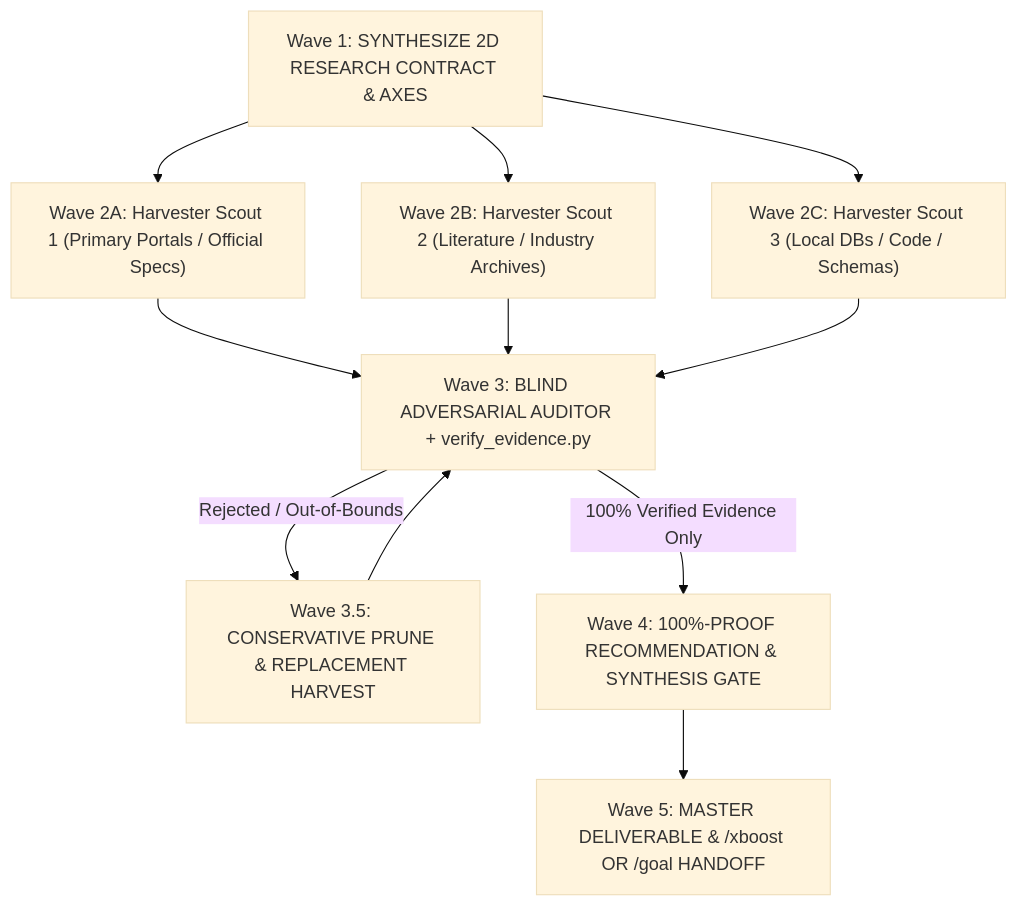
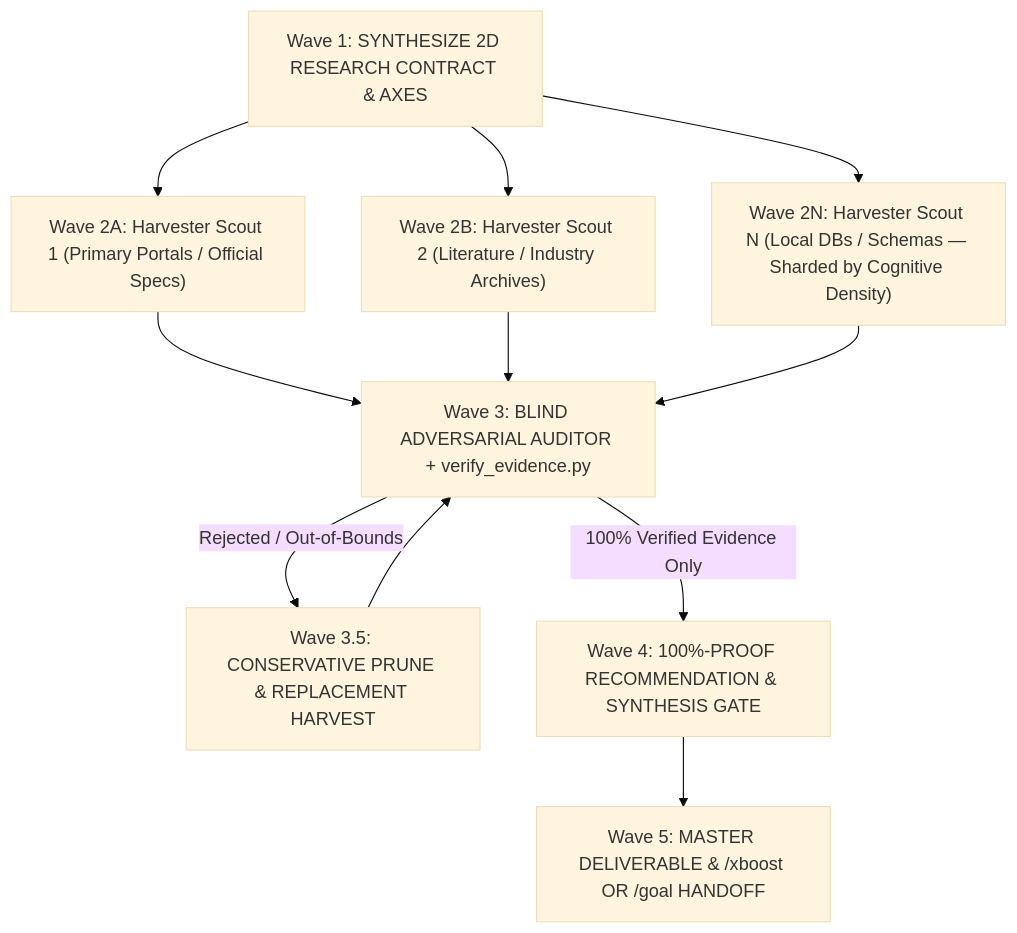
Before and after one commit to iscvlab/boostx: the diagram in skills/xdeep-research/SKILL.md, drawn with Mermaid (base theme). The commit also changed other lines of this file and 14 other files, not shown here.

````diff
--- a/skills/xdeep-research/SKILL.md
+++ b/skills/xdeep-research/SKILL.md
@@ -70,13 +70,13 @@
 ```mermaid
 graph TD
     W1["Wave 1: SYNTHESIZE 2D RESEARCH CONTRACT & AXES"] --> H1["Wave 2A: Harvester Scout 1 (Primary Portals / Official Specs)"]
     W1 --> H2["Wave 2B: Harvester Scout 2 (Literature / Industry Archives)"]
-    W1 --> H3["Wave 2C: Harvester Scout 3 (Local DBs / Code / Schemas)"]
+    W1 --> H3["Wave 2N: Harvester Scout N (Local DBs / Schemas — Sharded by Cognitive Density)"]
     H1 --> W3["Wave 3: BLIND ADVERSARIAL AUDITOR + verify_evidence.py"]
     H2 --> W3
     H3 --> W3
     W3 -->|Rejected / Out-of-Bounds| W3R["Wave 3.5: CONSERVATIVE PRUNE & REPLACEMENT HARVEST"]
     W3R --> W3
     W3 -->|100% Verified Evidence Only| W4["Wave 4: 100%-PROOF RECOMMENDATION & SYNTHESIS GATE"]
     W4 --> W5["Wave 5: MASTER DELIVERABLE & /xboost OR /goal HANDOFF"]
 ```
````
